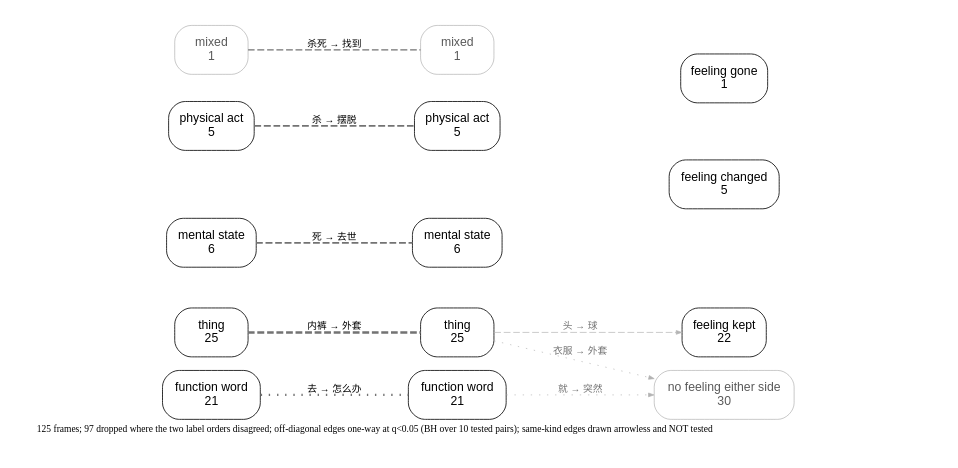
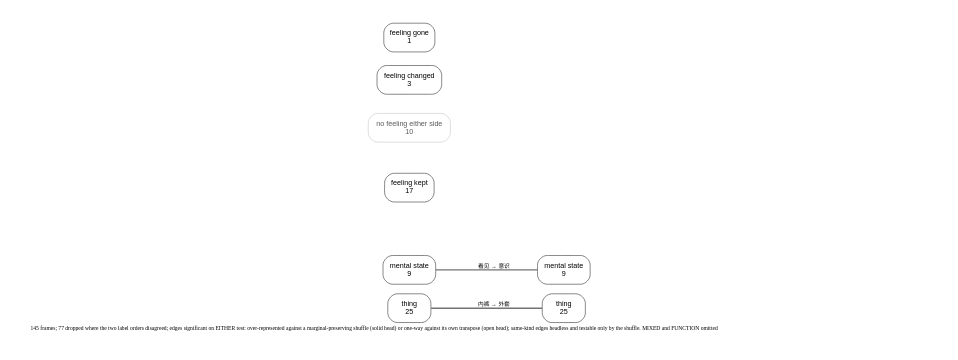
One commit to quadrismegistus/malignment changed the diagram in experiments/displacement/freudian_hypothesis/results/kind_flow_zh.dot. Above: the diagram before and after it, drawn with Graphviz. The commit also changed 16 other files, not shown here.

First line of the commit message:
two figures, and the middle column was averaging away the thing it was drawn for

```diff
--- a/experiments/displacement/freudian_hypothesis/results/kind_flow_zh.dot
+++ b/experiments/displacement/freudian_hypothesis/results/kind_flow_zh.dot
@@ -1,37 +1,25 @@
 digraph kindflow {
   rankdir=LR; splines=true; overlap=false;
   size="4.8,5.52!"; ratio=compress;
   bgcolor="white"; nodesep=0.14; ranksep=0.95;
   node [shape=box style="rounded" fontname="Helvetica" fontsize=9 color="black" fontcolor="black" margin="0.06,0.035" penwidth=0.6];
   edge [fontname="Helvetica" fontsize=7.2 color="#4d4d4d" penwidth=0.75 arrowsize=0.5];
   { rank=same;
     "B_THING" [label="thing\n25"];
-    "B_FUNCTION" [label="function word\n21"];
-    "B_MENTAL_STATE" [label="mental state\n6"];
-    "B_PHYSICAL_ACT" [label="physical act\n5"];
-    "B_MIXED" [label="mixed\n1" penwidth=0.35 color="#8c8c8c" fontcolor="#595959"];
+    "B_MENTAL_STATE" [label="mental state\n9"];
   }
   { rank=same;
     "A_THING" [label="thing\n25"];
-    "A_FUNCTION" [label="function word\n21"];
-    "A_MENTAL_STATE" [label="mental state\n6"];
-    "A_PHYSICAL_ACT" [label="physical act\n5"];
-    "A_MIXED" [label="mixed\n1" penwidth=0.35 color="#8c8c8c" fontcolor="#595959"];
+    "A_MENTAL_STATE" [label="mental state\n9"];
   }
   { rank=same;
-    "F_NONE" [label="no feeling either side\n30" penwidth=0.35 color="#8c8c8c" fontcolor="#595959"];
-    "F_KEPT" [label="feeling kept\n22"];
-    "F_RECOLORED" [label="feeling changed\n5"];
+    "F_KEPT" [label="feeling kept\n17"];
+    "F_NONE" [label="no feeling either side\n10" penwidth=0.35 color="#8c8c8c" fontcolor="#595959"];
+    "F_RECOLORED" [label="feeling changed\n3"];
     "F_GONE" [label="feeling gone\n1"];
   }
-  "B_THING" -> "A_THING" [label="内裤 → 外套" style=dashed arrowhead=none color="#737373" penwidth=1.81];
-  "B_FUNCTION" -> "A_FUNCTION" [label="去 → 怎么办" style=dotted arrowhead=none color="#737373" penwidth=1.74];
-  "B_MENTAL_STATE" -> "A_MENTAL_STATE" [label="死 → 去世" style=dashed arrowhead=none color="#737373" penwidth=1.28];
-  "B_PHYSICAL_ACT" -> "A_PHYSICAL_ACT" [label="杀 → 摆脱" style=dashed arrowhead=none color="#737373" penwidth=1.22];
-  "B_MIXED" -> "A_MIXED" [label="杀死 → 找到" style=dashed arrowhead=none color="#737373" penwidth=0.78];
-  "A_THING" -> "F_NONE" [label="衣服 → 外套" color="#b3b3b3" fontcolor="#737373" penwidth=0.5 arrowsize=0.4 style=dotted];
-  "A_THING" -> "F_KEPT" [label="头 → 球" color="#b3b3b3" fontcolor="#737373" penwidth=0.5 arrowsize=0.4 style=dashed];
-  "A_FUNCTION" -> "F_NONE" [label="就 → 突然" color="#b3b3b3" fontcolor="#737373" penwidth=0.5 arrowsize=0.4 style=dotted];
+  "B_THING" -> "A_THING" [label="内裤 → 外套" arrowhead=none color="#737373" penwidth=1.81];
+  "B_MENTAL_STATE" -> "A_MENTAL_STATE" [label="看见 → 意识" arrowhead=none color="#737373" penwidth=1.43];
   labelloc="b"; labeljust="l";
-  label=<<font point-size="7.65">125 frames; 97 dropped where the two label orders disagreed; off-diagonal edges one-way at q&lt;0.05 (BH over 10 tested pairs); same-kind edges drawn arrowless and NOT tested</font>>;
+  label=<<font point-size="7.65">145 frames; 77 dropped where the two label orders disagreed; edges significant on EITHER test: over-represented against a marginal-preserving shuffle (solid head) or one-way against its own transpose (open head); same-kind edges headless and testable only by the shuffle. MIXED and FUNCTION omitted</font>>;
 }
```
